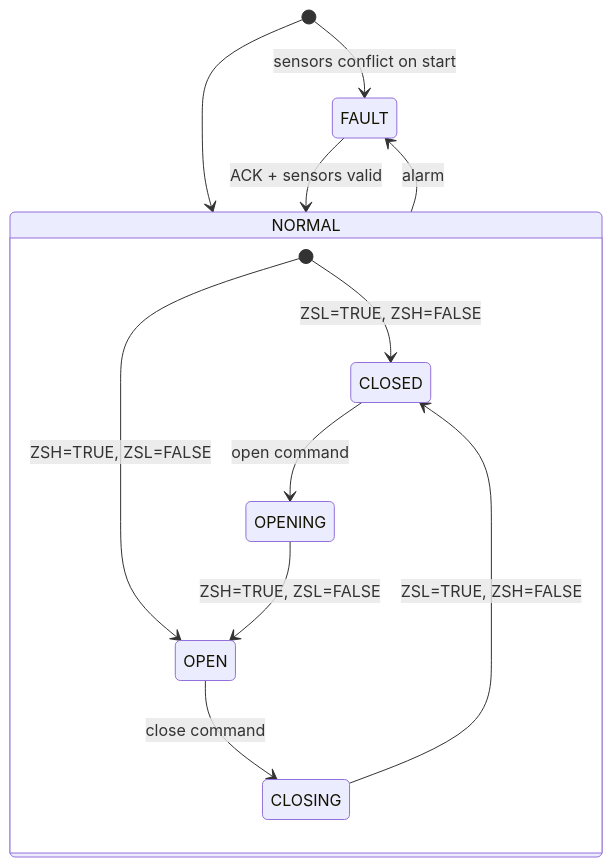
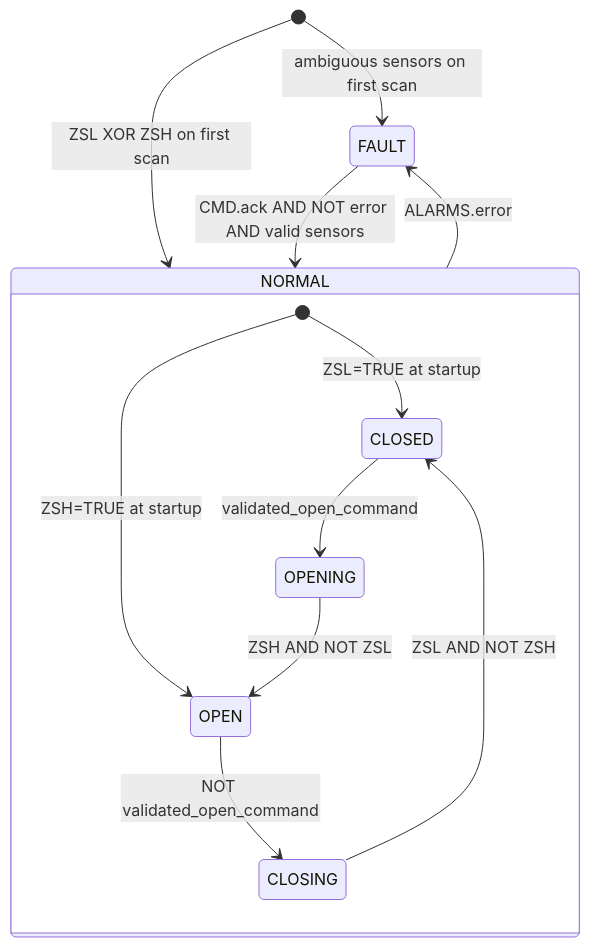
The second of 2 diagrams in docs/library/valves/butterfly/single_solenoid/index.en.md (AleFire99/TIA_knowledge), drawn with Mermaid before and after one commit. The commit also changed other lines of this file and 95 other files, not shown here.

````diff
--- a/docs/library/valves/butterfly/single_solenoid/index.en.md
+++ b/docs/library/valves/butterfly/single_solenoid/index.en.md
@@ -110,16 +128,17 @@
 ```mermaid
 stateDiagram-v2
-    [*] --> NORMAL
-    [*] --> FAULT : sensors conflict on start
-    NORMAL --> FAULT : alarm
-    FAULT --> NORMAL : ACK + sensors valid
+    [*] --> NORMAL : ZSL XOR ZSH on first scan
+    [*] --> FAULT : ambiguous sensors on first scan
+
+    NORMAL --> FAULT : ALARMS.error
+    FAULT --> NORMAL : CMD.ack AND NOT error AND valid sensors
 
     state NORMAL {
-        [*] --> CLOSED : ZSL=TRUE, ZSH=FALSE
-        [*] --> OPEN : ZSH=TRUE, ZSL=FALSE
-        CLOSED --> OPENING : open command
-        OPENING --> OPEN : ZSH=TRUE, ZSL=FALSE
-        OPEN --> CLOSING : close command
-        CLOSING --> CLOSED : ZSL=TRUE, ZSH=FALSE
+        [*] --> CLOSED : ZSL=TRUE at startup
+        [*] --> OPEN : ZSH=TRUE at startup
+        CLOSED --> OPENING : validated_open_command
+        OPENING --> OPEN : ZSH AND NOT ZSL
+        OPEN --> CLOSING : NOT validated_open_command
+        CLOSING --> CLOSED : ZSL AND NOT ZSH
     }
 ```
````
